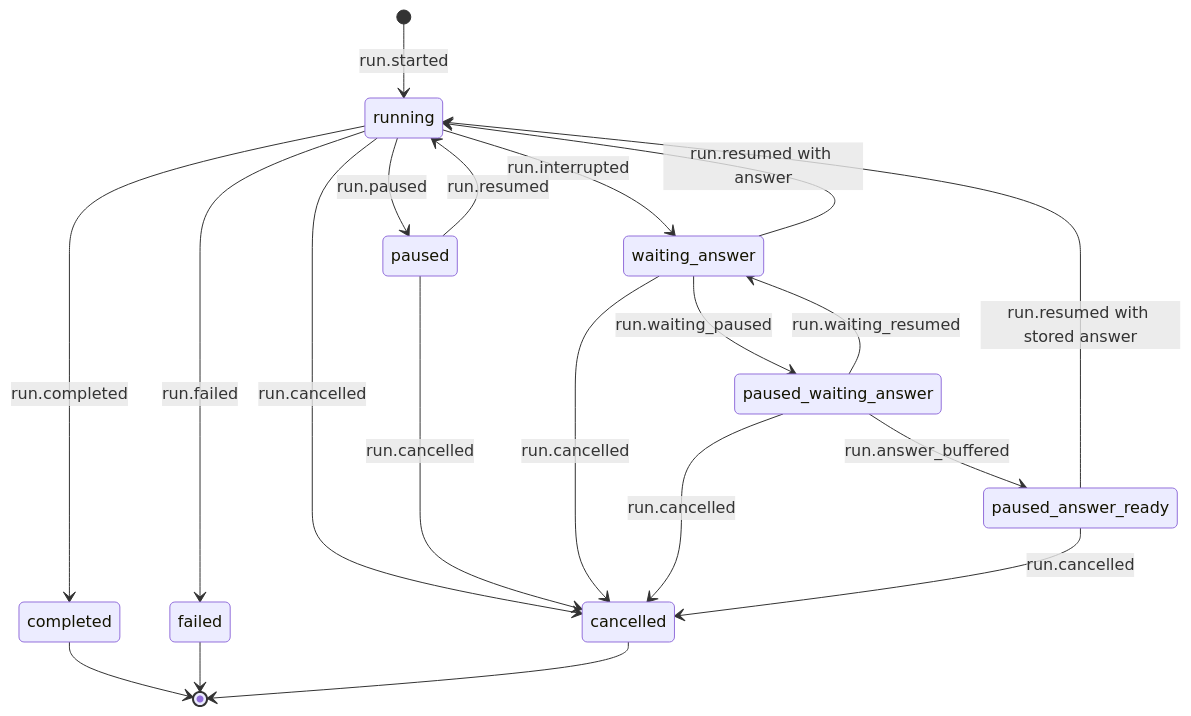
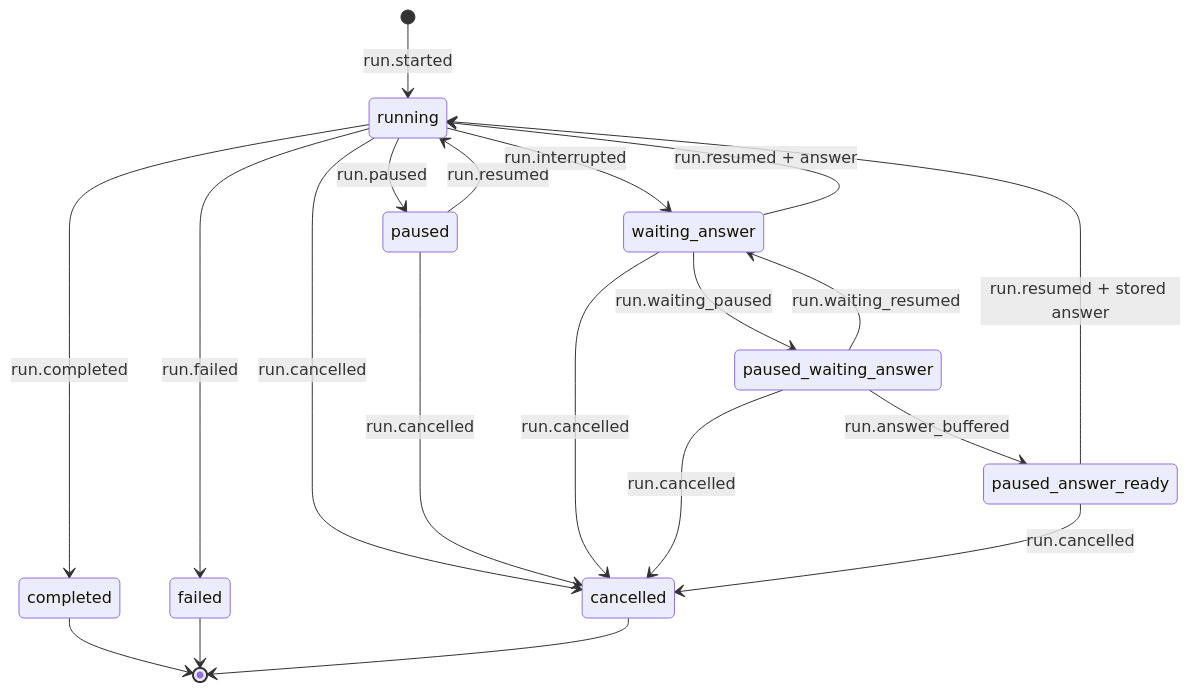
One commit to agentdecksdk/agentdeck changed the diagram in docs/design/runtime/lifecycle.md. Above: the diagram before and after it, drawn with Mermaid. The commit also changed other lines of this file and 21 other files, not shown here.

````diff
--- a/docs/design/runtime/lifecycle.md
+++ b/docs/design/runtime/lifecycle.md
@@ -35,27 +75,29 @@
 ```mermaid
 stateDiagram-v2
     [*] --> running: run.started
 
     running --> paused: run.paused
     paused --> running: run.resumed
 
     running --> waiting_answer: run.interrupted
-    waiting_answer --> running: run.resumed with answer
+    waiting_answer --> running: run.resumed + answer
     waiting_answer --> paused_waiting_answer: run.waiting_paused
+
     paused_waiting_answer --> waiting_answer: run.waiting_resumed
     paused_waiting_answer --> paused_answer_ready: run.answer_buffered
-    paused_answer_ready --> running: run.resumed with stored answer
+
+    paused_answer_ready --> running: run.resumed + stored answer
 
     running --> completed: run.completed
     running --> failed: run.failed
 
     running --> cancelled: run.cancelled
     paused --> cancelled: run.cancelled
     waiting_answer --> cancelled: run.cancelled
     paused_waiting_answer --> cancelled: run.cancelled
     paused_answer_ready --> cancelled: run.cancelled
 
     completed --> [*]
     failed --> [*]
     cancelled --> [*]
 ```
````
